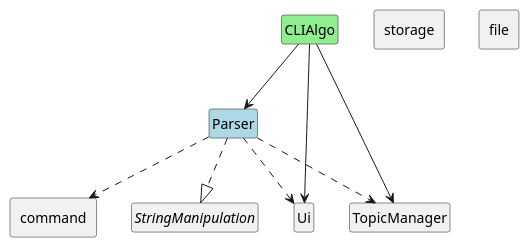
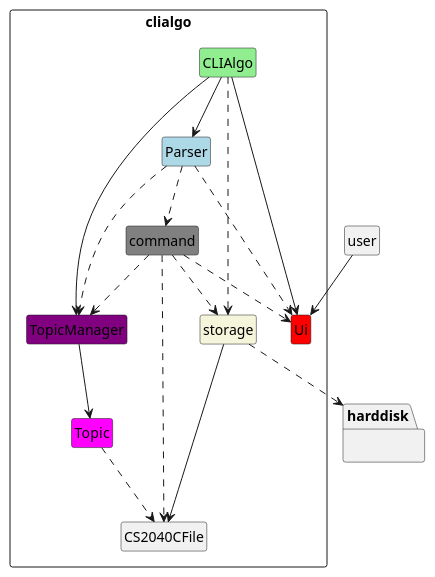
Before and after one commit to ong-ck/tp: the diagram in docs/UML/source-files/ArchitectureDiagram.puml, drawn with PlantUML. The commit also changed 2 other files, not shown here.

Commit message:
Add architecture diagram to DG

```diff
--- a/docs/UML/source-files/ArchitectureDiagram.puml
+++ b/docs/UML/source-files/ArchitectureDiagram.puml
@@ -1,38 +1,55 @@
 @startuml
 skinparam classAttributeIconSize 0
 hide empty members
 
-class CLIAlgo #lightgreen {
+class user {
 
 }
 
-class Parser #lightblue{
+package clialgo <<rectangle>> {
+    class CLIAlgo #lightgreen {
+
+    }
+
+    class Parser #lightblue{
+    }
+
+    class Ui #red {
+    }
+
+    class TopicManager #purple {
+    }
+
+    class Topic #magenta{
+    }
+
+    class command #grey {
+    }
+
+    class storage #beige {
+    }
+
+    class CS2040CFile {
+    }
 }
-
-interface StringManipulation {
+package harddisk {
 }
-
-class Ui {
-}
-
-class TopicManager {
-}
-
-package command <<rectangle>>{
-}
-
-package storage <<rectangle>>{
-}
-package file <<rectangle>>{
-}
-
+user --> Ui
 CLIAlgo --> Ui
 CLIAlgo -->TopicManager
 CLIAlgo --> Parser
-Parser ..|> StringManipulation
+CLIAlgo ..> storage
 Parser ..> Ui
 Parser ..> TopicManager
 Parser ..> command
+storage ..> harddisk
+TopicManager --> Topic
+storage --> CS2040CFile
+command ..> Ui
+command ..> TopicManager
+command ..> storage
+command ..> CS2040CFile
+Topic ..> CS2040CFile
 
 hide circle
 @enduml
```
